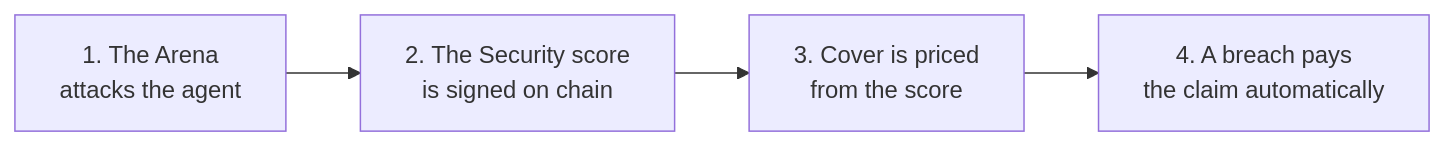
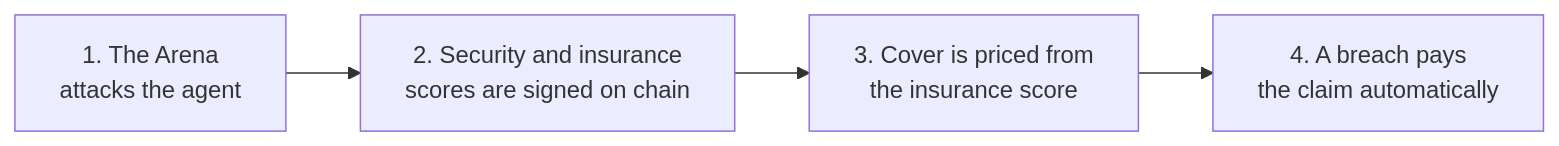
Before and after one commit to ddboy19912/bonded: the first of 7 diagrams in docs/ARCHITECTURE.md, drawn with Mermaid. The commit also changed 4 other files, not shown here.

First line of the commit message:
Docs: correct where the Security and Task scores apply

````diff
--- a/docs/ARCHITECTURE.md
+++ b/docs/ARCHITECTURE.md
@@ -11,6 +11,6 @@
 ```mermaid
 flowchart LR
-  A["1. The Arena<br/>attacks the agent"] --> B["2. The Security score<br/>is signed on chain"]
-  B --> C["3. Cover is priced<br/>from the score"]
+  A["1. The Arena<br/>attacks the agent"] --> B["2. Security and insurance<br/>scores are signed on chain"]
+  B --> C["3. Cover is priced from<br/>the insurance score"]
   C --> D["4. A breach pays<br/>the claim automatically"]
 ```
````
